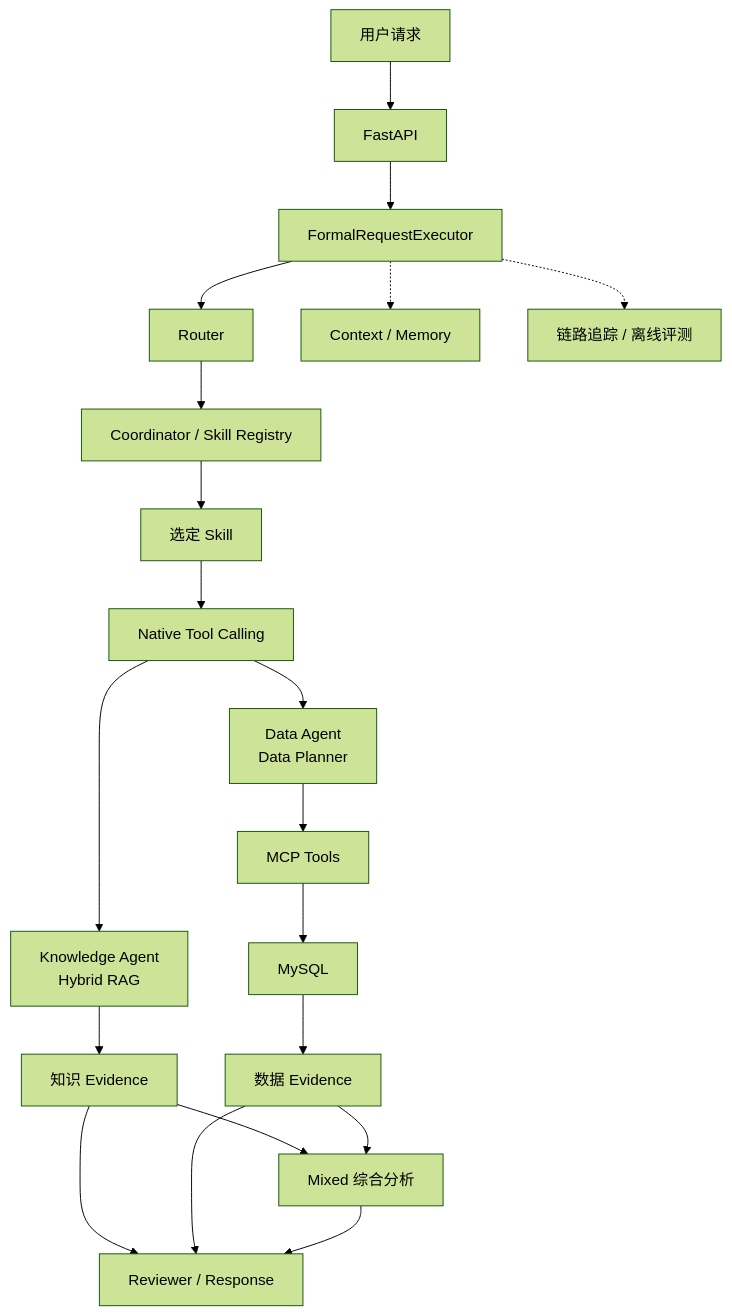
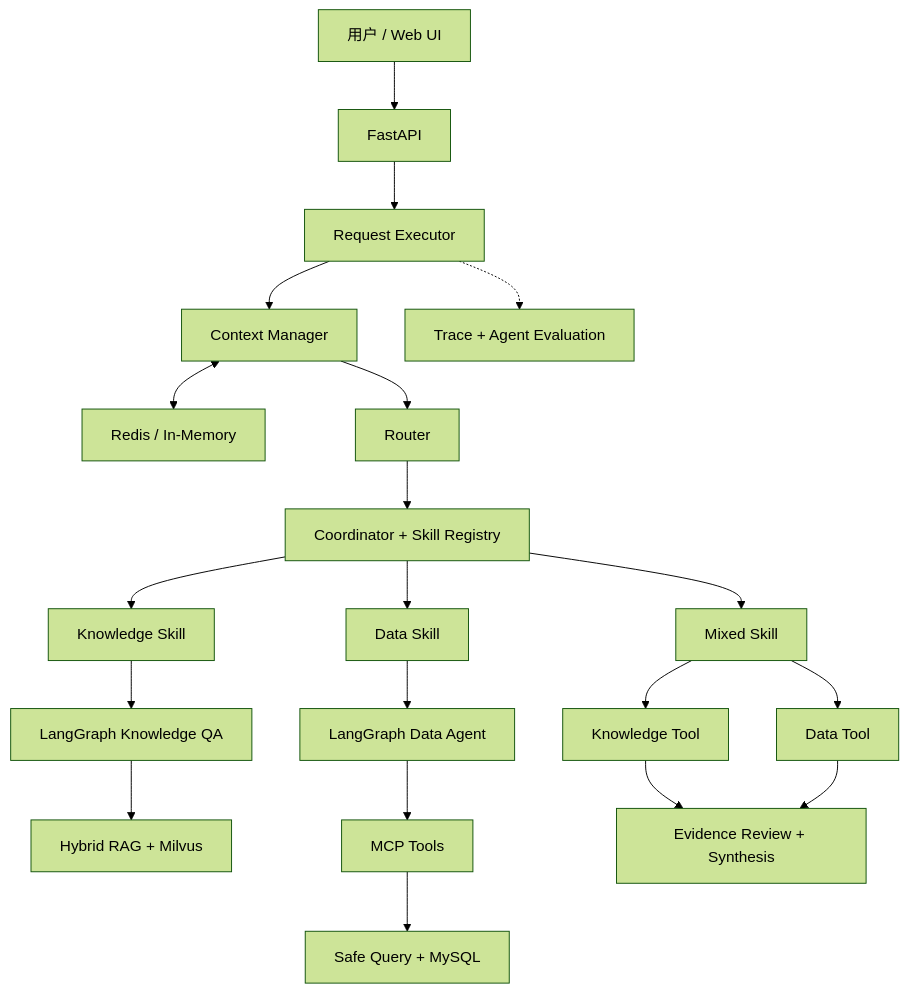
Before and after one commit to ccy777/Enterprise-Decision-Agent: the diagram in docs/ARCHITECTURE.md, drawn with Mermaid (forest theme). The commit also changed other lines of this file and 7 other files, not shown here.

````diff
--- a/docs/ARCHITECTURE.md
+++ b/docs/ARCHITECTURE.md
@@ -5,22 +5,22 @@
 ```mermaid
 flowchart TD
-    U["用户请求"] --> API["FastAPI"]
-    API --> X["FormalRequestExecutor"]
-    X --> R["Router"]
-    R --> C["Coordinator / Skill Registry"]
-    C --> S["选定 Skill"]
-    S --> T["Native Tool Calling"]
-    T --> K["Knowledge Agent\nHybrid RAG"]
-    T --> D["Data Agent\nData Planner"]
-    D --> MCP["MCP Tools"]
-    MCP --> DB["MySQL"]
-    K --> KE["知识 Evidence"]
-    DB --> DE["数据 Evidence"]
-    KE --> M["Mixed 综合分析"]
-    DE --> M
-    KE --> V["Reviewer / Response"]
-    DE --> V
-    M --> V
-    X -.-> CM["Context / Memory"]
-    X -.-> O["链路追踪 / 离线评测"]
+    U["用户 / Web UI"] --> API["FastAPI"]
+    API --> X["Request Executor"]
+    X --> CM["Context Manager"]
+    CM <--> MEM["Redis / In-Memory"]
+    CM --> R["Router"]
+    R --> C["Coordinator + Skill Registry"]
+    C --> K["Knowledge Skill"]
+    C --> D["Data Skill"]
+    C --> M["Mixed Skill"]
+    K --> KG["LangGraph Knowledge QA"]
+    KG --> RAG["Hybrid RAG + Milvus"]
+    D --> DG["LangGraph Data Agent"]
+    DG --> MCP["MCP Tools"]
+    MCP --> DB["Safe Query + MySQL"]
+    M --> KT["Knowledge Tool"]
+    M --> DT["Data Tool"]
+    KT --> SYN["Evidence Review + Synthesis"]
+    DT --> SYN
+    X -.-> O["Trace + Agent Evaluation"]
 ```
````
